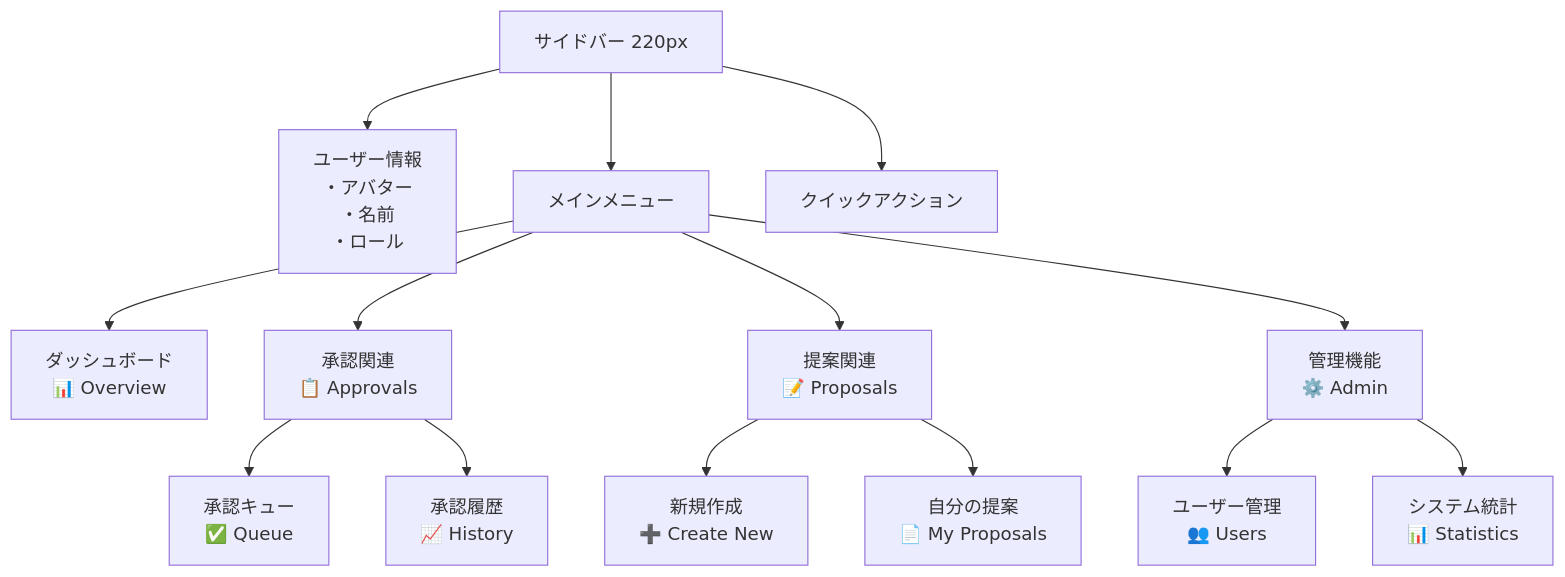
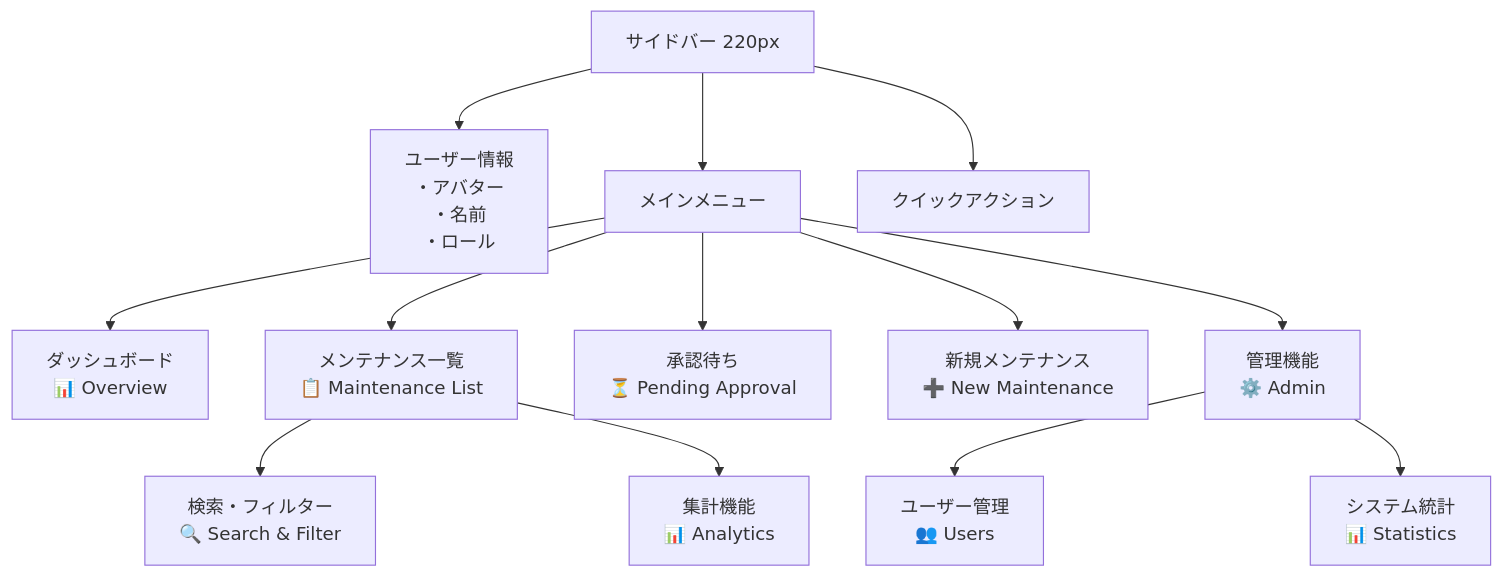
Before and after one commit to ekrsw/knowledge_app: the fourth of 15 diagrams in frontend/docs/architecture.md, drawn with Mermaid. The commit also changed 3 other files, not shown here.

````diff
--- a/frontend/docs/architecture.md
+++ b/frontend/docs/architecture.md
@@ -66,20 +66,18 @@
 ```mermaid
 graph TD
     S[サイドバー 220px] --> T[ユーザー情報<br/>・アバター<br/>・名前<br/>・ロール]
     S --> U[メインメニュー]
     S --> V[クイックアクション]
 
     U --> W[ダッシュボード<br/>📊 Overview]
-    U --> X[承認関連<br/>📋 Approvals]
-    U --> Y[提案関連<br/>📝 Proposals]
-    U --> Z[管理機能<br/>⚙️ Admin]
+    U --> X[メンテナンス一覧<br/>📋 Maintenance List]
+    U --> Y[承認待ち<br/>⏳ Pending Approval]
+    U --> Z[新規メンテナンス<br/>➕ New Maintenance]
+    U --> AA[管理機能<br/>⚙️ Admin]
 
-    X --> AA[承認キュー<br/>✅ Queue]
-    X --> BB[承認履歴<br/>📈 History]
+    X --> BB[検索・フィルター<br/>🔍 Search & Filter]
+    X --> CC[集計機能<br/>📊 Analytics]
 
-    Y --> CC[新規作成<br/>➕ Create New]
-    Y --> DD[自分の提案<br/>📄 My Proposals]
-
-    Z --> EE[ユーザー管理<br/>👥 Users]
-    Z --> FF[システム統計<br/>📊 Statistics]
+    AA --> DD[ユーザー管理<br/>👥 Users]
+    AA --> EE[システム統計<br/>📊 Statistics]
 ```
````
